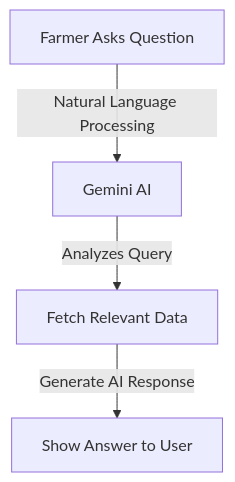
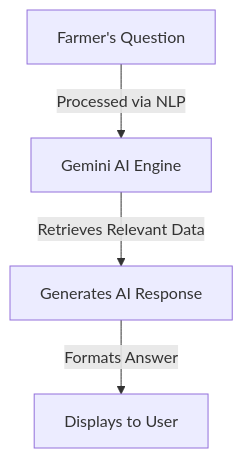
Before and after one commit to Maheshh-S/AquaBov: the fourth of 5 diagrams in README.md, drawn with Mermaid. The commit also changed other lines of this file, not shown here.

````diff
--- a/README.md
+++ b/README.md
@@ -61,6 +61,6 @@
 ```mermaid
 graph TD;
-    F[Farmer Asks Question] -->|Natural Language Processing| AI[Gemini AI]
-    AI -->|Analyzes Query| R[Fetch Relevant Data]
-    R -->|Generate AI Response| U[Show Answer to User]
+    Q[Farmer's Question] -->|Processed via NLP| AI[Gemini AI Engine]
+    AI -->|Retrieves Relevant Data| R[Generates AI Response]
+    R -->|Formats Answer| U[Displays to User]
 ```
````
